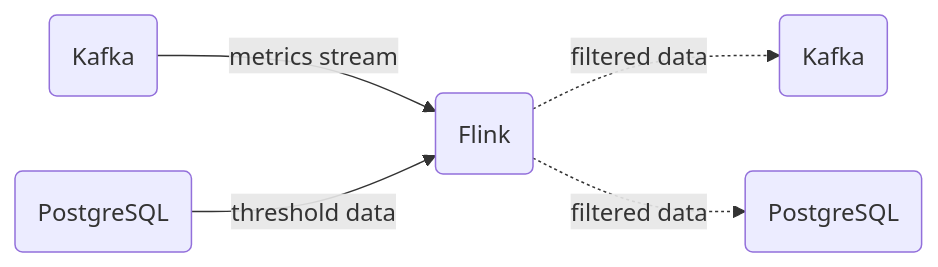
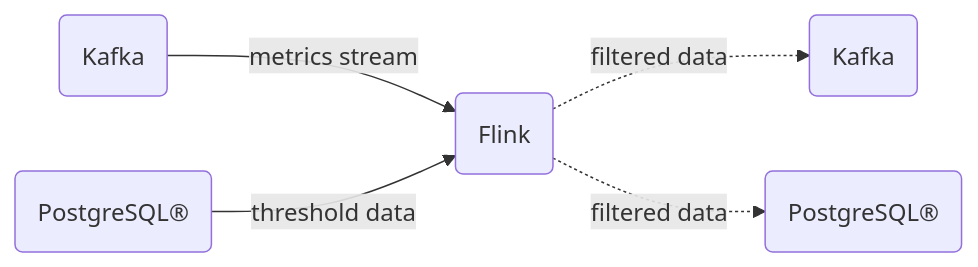
The first of 5 diagrams in docs/products/flink/howto/real-time-alerting-solution-cli.rst (aiven/devportal), drawn with Mermaid before and after one commit. The commit also changed other lines of this file and 20 other files, not shown here.

```diff
--- a/docs/products/flink/howto/real-time-alerting-solution-cli.rst
+++ b/docs/products/flink/howto/real-time-alerting-solution-cli.rst
@@ -11,8 +11,8 @@
 .. mermaid::
 
     graph LR;
 
         id1(Kafka)-- metrics stream -->id3(Flink);
-        id2(PostgreSQL)-- threshold data -->id3;
+        id2(PostgreSQL®)-- threshold data -->id3;
         id3-. filtered data .->id4(Kafka);
-        id3-. filtered data .->id5(PostgreSQL);
+        id3-. filtered data .->id5(PostgreSQL®);
```
